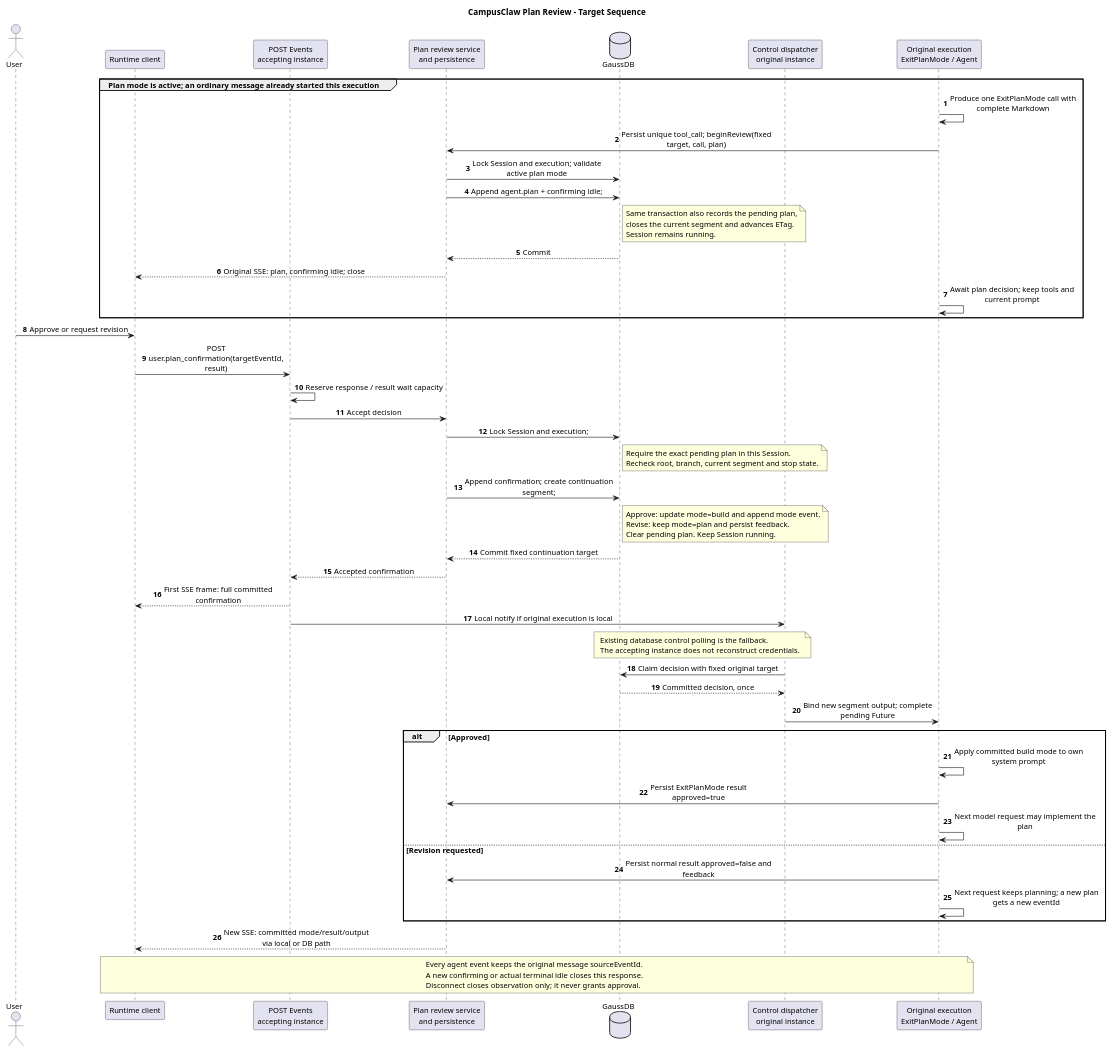
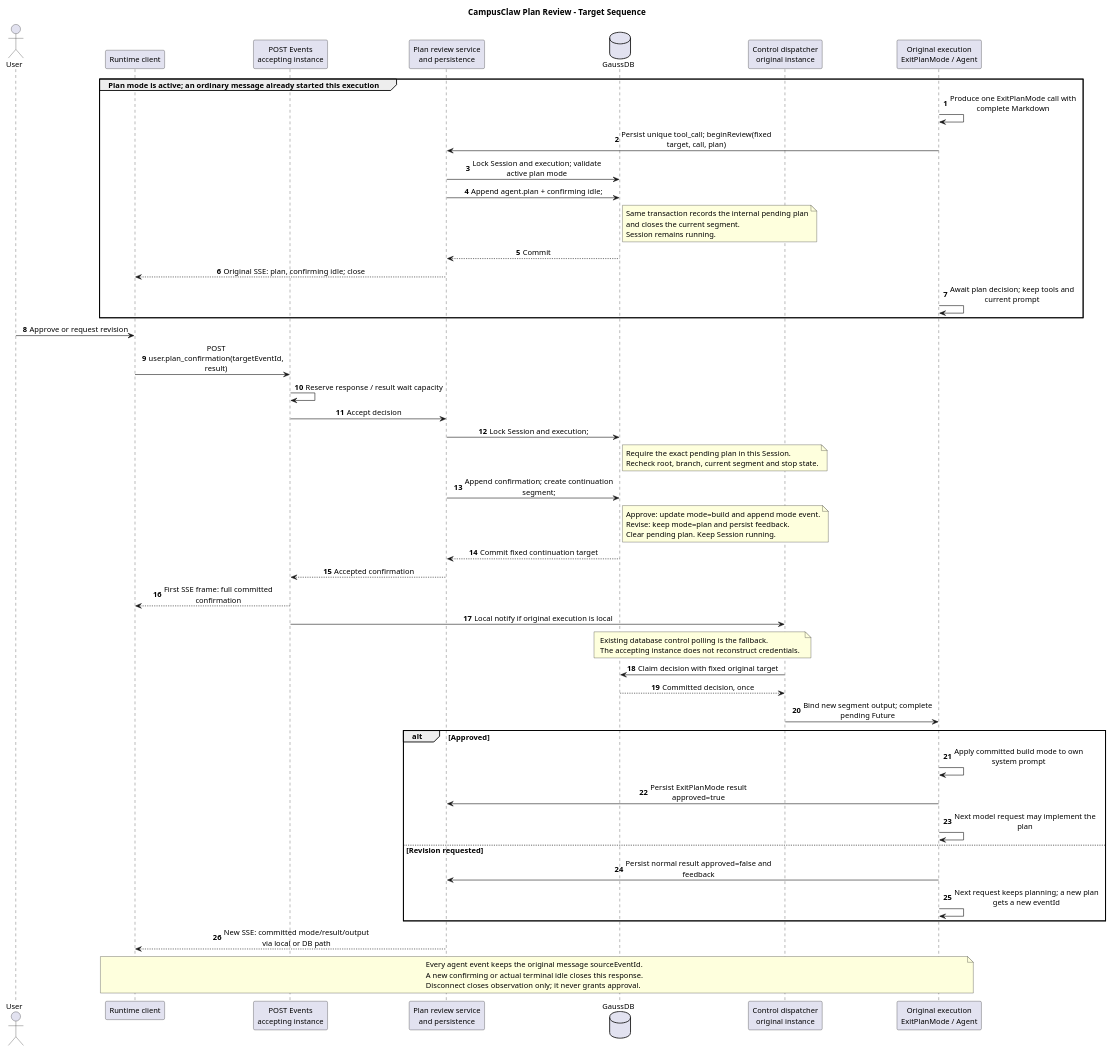
Before and after one commit to ssm0808/pi-mono-java-design: the second of 3 diagrams in 01-总体架构/06-CampusClaw计划模式/diagram.puml, drawn with PlantUML. The commit also changed other lines of this file and 15 other files, not shown here.

```diff
--- a/01-总体架构/06-CampusClaw计划模式/diagram.puml
+++ b/01-总体架构/06-CampusClaw计划模式/diagram.puml
@@ -168,80 +168,80 @@
 @startuml plan_mode_review_sequence
 ' Source baseline: pi-mono-java 09b32d8ea4a4b43b34be302d8b2745bdc417c9a2.
 ' Source: modules/coding-agent-cli/src/main/java/com/campusclaw/codingagent/runtimeapi/event/RuntimeControlEventService.java :: accept.
 ' Source: modules/coding-agent-cli/src/main/java/com/campusclaw/codingagent/runtimeapi/persistence/MyBatisRuntimeExecutionControlRepository.java :: markConfirming, acceptConfirmation, claimConfirmation.
 ' Source: modules/coding-agent-cli/src/main/java/com/campusclaw/codingagent/runtimeapi/runtime/RuntimeSessionControlDispatcher.java :: dispatchConfirmation.
 ' Observed behavior: tool confirmation closes one response and resumes through a new fixed segment.
 ' Design reason: target-only plan review reuses this transport and durable handoff.
 ' Java divergence: immutable plan event identity is the approval target; tool permissions remain separate.
 title CampusClaw Plan Review - Target Sequence
 skinparam backgroundColor #FFFFFF
 skinparam defaultFontName SansSerif
 skinparam defaultFontSize 13
 skinparam shadowing false
 skinparam sequenceMessageAlign center
 skinparam maxMessageSize 260
 autonumber
 actor User
 participant "Runtime client" as UI
 participant "POST Events\naccepting instance" as API
 participant "Plan review service\nand persistence" as Service
 database GaussDB as DB
 participant "Control dispatcher\noriginal instance" as Dispatcher
 participant "Original execution\nExitPlanMode / Agent" as Agent
 
 group Plan mode is active; an ordinary message already started this execution
   Agent -> Agent : Produce one ExitPlanMode call with complete Markdown
   Agent -> Service : Persist unique tool_call; beginReview(fixed target, call, plan)
   Service -> DB : Lock Session and execution; validate active plan mode
   Service -> DB : Append agent.plan + confirming idle;
   note right of DB
-    Same transaction also records the pending plan,
-    closes the current segment and advances ETag.
+    Same transaction records the internal pending plan
+    and closes the current segment.
     Session remains running.
   end note
   DB --> Service : Commit
   Service --> UI : Original SSE: plan, confirming idle; close
   Agent -> Agent : Await plan decision; keep tools and current prompt
 end
 
 User -> UI : Approve or request revision
 UI -> API : POST user.plan_confirmation(targetEventId, result)
 API -> API : Reserve response / result wait capacity
 API -> Service : Accept decision
 Service -> DB : Lock Session and execution;
 note right of DB
   Require the exact pending plan in this Session.
   Recheck root, branch, current segment and stop state.
 end note
 Service -> DB : Append confirmation; create continuation segment;
 note right of DB
   Approve: update mode=build and append mode event.
   Revise: keep mode=plan and persist feedback.
   Clear pending plan. Keep Session running.
 end note
 DB --> Service : Commit fixed continuation target
 Service --> API : Accepted confirmation
 API --> UI : First SSE frame: full committed confirmation
 API -> Dispatcher : Local notify if original execution is local
 note over DB,Dispatcher
   Existing database control polling is the fallback.
   The accepting instance does not reconstruct credentials.
 end note
 Dispatcher -> DB : Claim decision with fixed original target
 DB --> Dispatcher : Committed decision, once
 Dispatcher -> Agent : Bind new segment output; complete pending Future
 alt Approved
   Agent -> Agent : Apply committed build mode to own system prompt
   Agent -> Service : Persist ExitPlanMode result approved=true
   Agent -> Agent : Next model request may implement the plan
 else Revision requested
   Agent -> Service : Persist normal result approved=false and feedback
   Agent -> Agent : Next request keeps planning; a new plan gets a new eventId
 end
 Service --> UI : New SSE: committed mode/result/output via local or DB path
 note over UI,Agent
   Every agent event keeps the original message sourceEventId.
   A new confirming or actual terminal idle closes this response.
   Disconnect closes observation only; it never grants approval.
 end note
 @enduml
```
